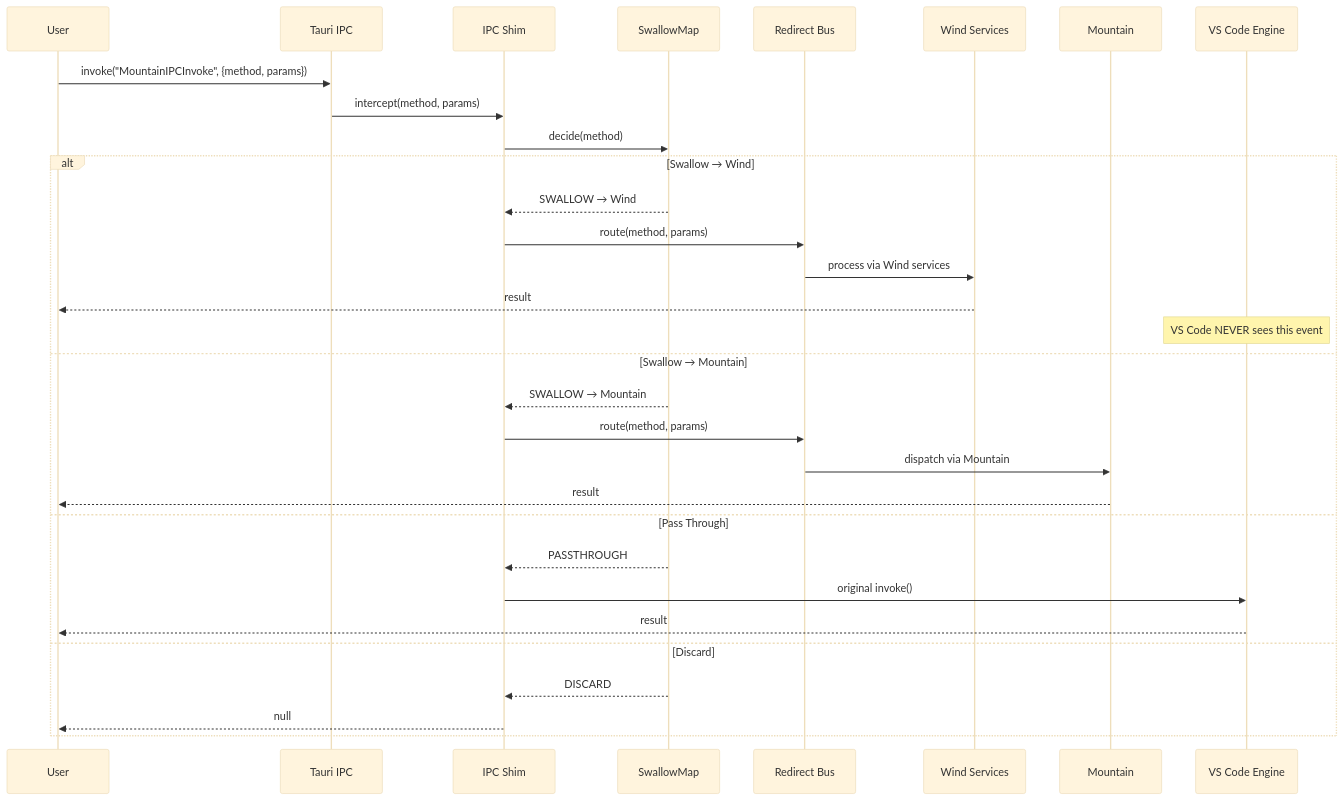
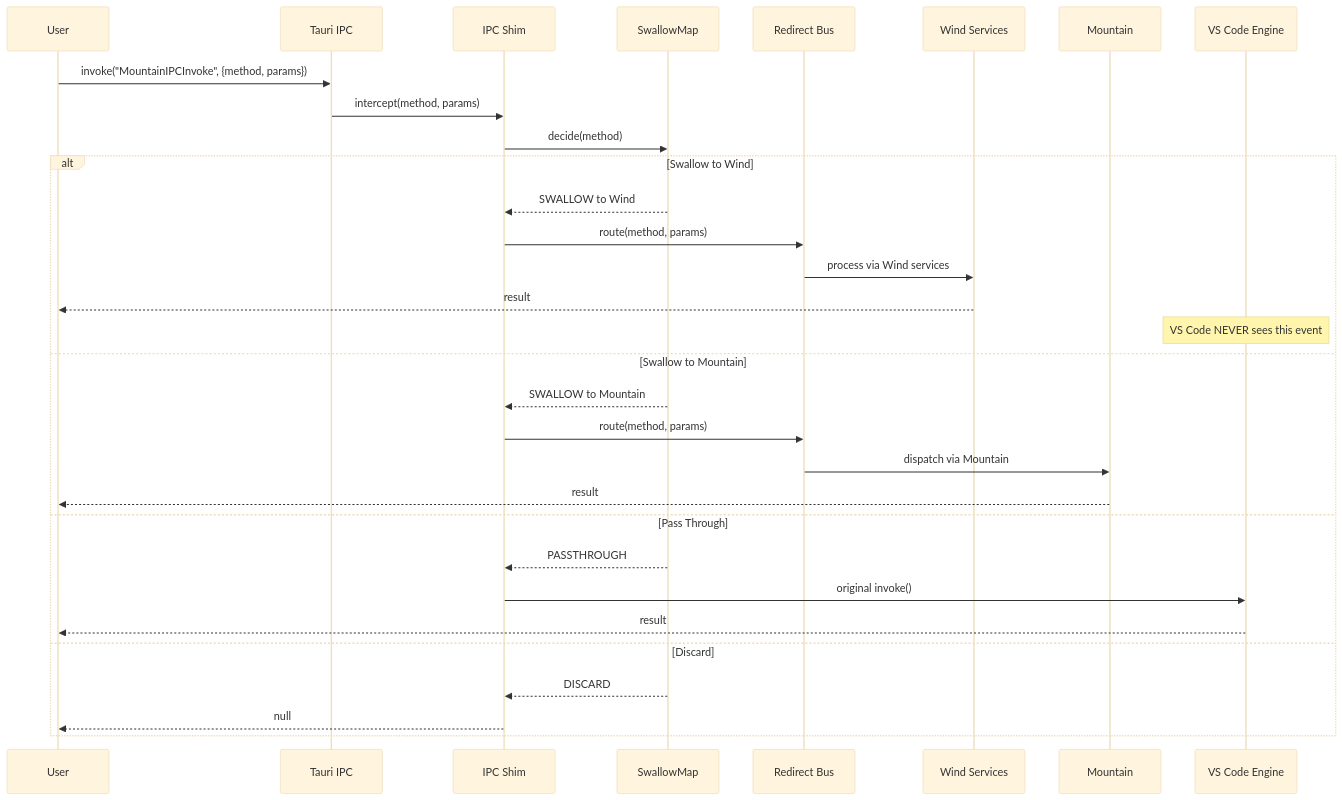
The sixth of 6 diagrams in Documentation/GitHub/Shim.md (CodeEditorLand/Land), drawn with Mermaid (base theme) before and after one commit. The commit also changed other lines of this file and 11 other files, not shown here.

````diff
--- a/Documentation/GitHub/Shim.md
+++ b/Documentation/GitHub/Shim.md
@@ -267,35 +314,35 @@
 ```mermaid
 sequenceDiagram
     participant U as User
     participant T as Tauri IPC
     participant IS as IPC Shim
     participant SM as SwallowMap
     participant RB as Redirect Bus
     participant W as Wind Services
     participant M as Mountain
     participant VS as VS Code Engine
 
     U->>T: invoke("MountainIPCInvoke", {method, params})
     T->>IS: intercept(method, params)
     IS->>SM: decide(method)
 
-    alt Swallow → Wind
-        SM-->>IS: SWALLOW → Wind
+    alt Swallow to Wind
+        SM-->>IS: SWALLOW to Wind
         IS->>RB: route(method, params)
         RB->>W: process via Wind services
         W-->>U: result
         Note over VS: VS Code NEVER sees this event
-    else Swallow → Mountain
-        SM-->>IS: SWALLOW → Mountain
+    else Swallow to Mountain
+        SM-->>IS: SWALLOW to Mountain
         IS->>RB: route(method, params)
         RB->>M: dispatch via Mountain
         M-->>U: result
     else Pass Through
         SM-->>IS: PASSTHROUGH
         IS->>VS: original invoke()
         VS-->>U: result
     else Discard
         SM-->>IS: DISCARD
         IS-->>U: null
     end
 ```
````
